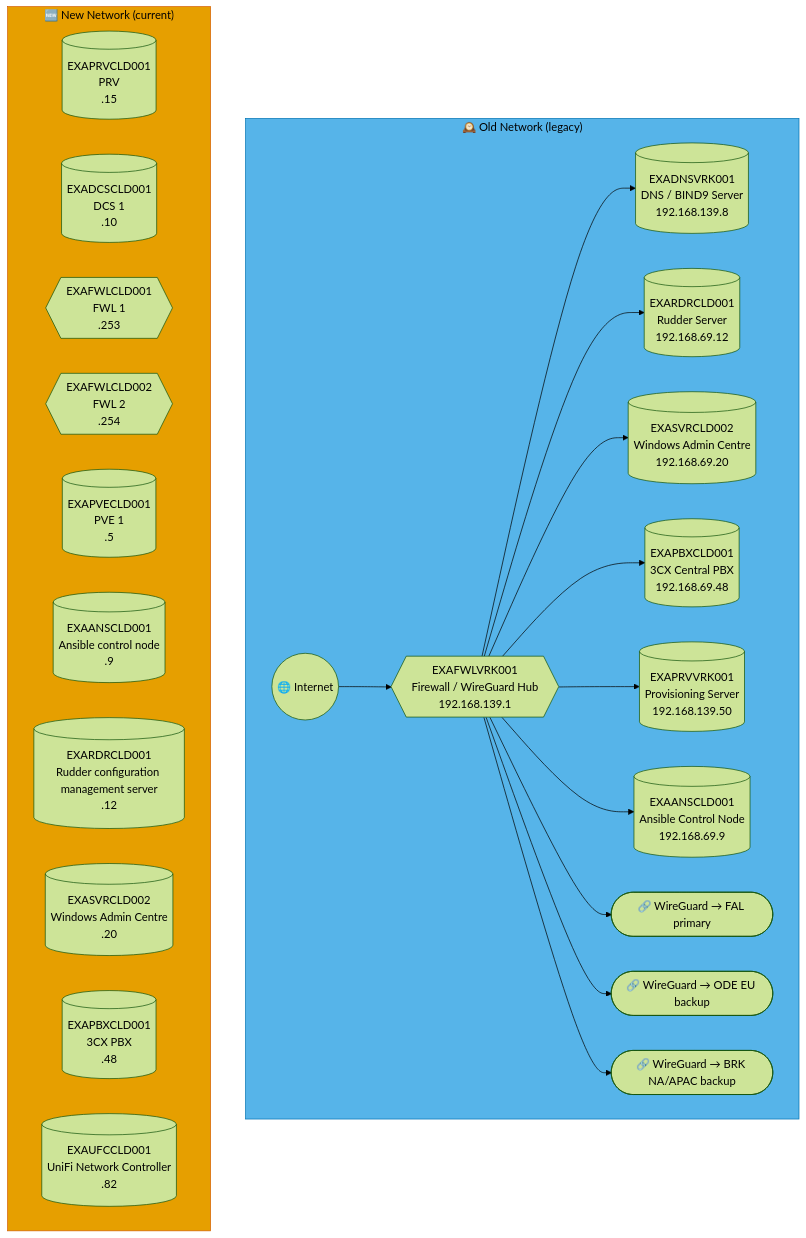
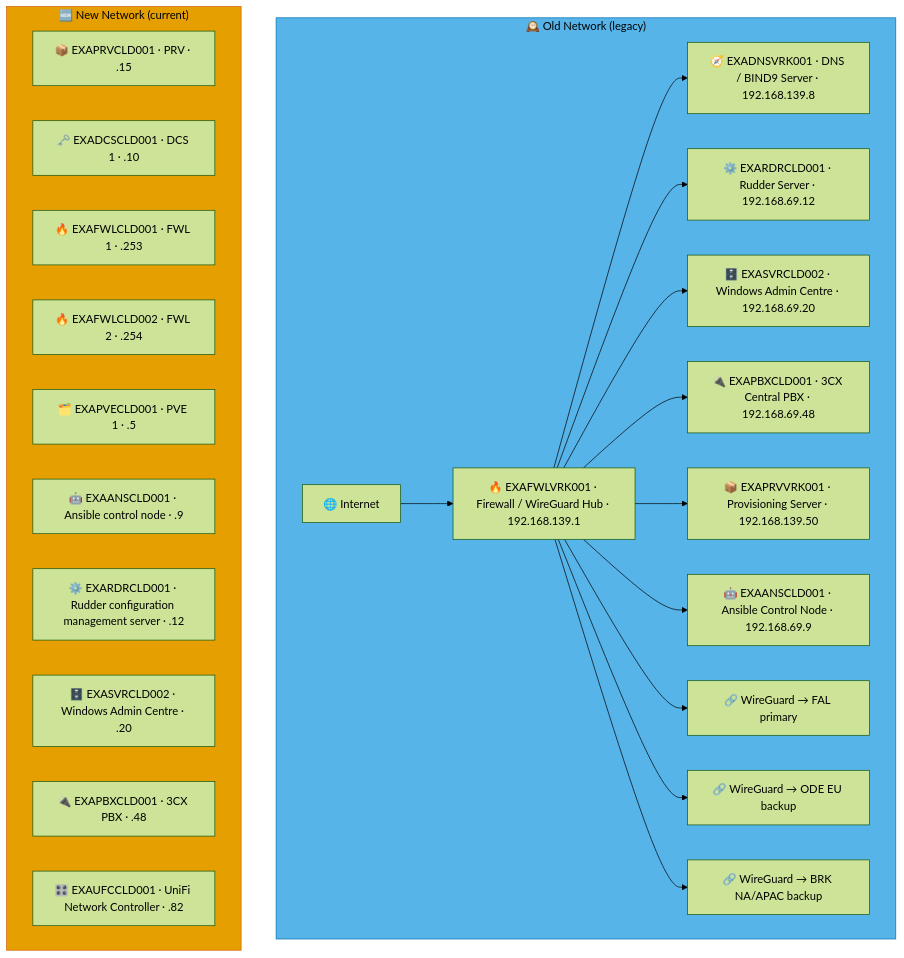
One commit to knightmare2600/example_music_infra changed the first of 51 diagrams in docs/network-diagram.md. Above: the diagram before and after it, drawn with Mermaid (forest theme). The commit also changed other lines of this file and 5 other files, not shown here.

````diff
--- a/docs/network-diagram.md
+++ b/docs/network-diagram.md
@@ -143,45 +144,45 @@
 ```mermaid
 graph TD
     subgraph OLD_CLD ["🕰️ Old Network (legacy)"]
-      INET(("🌐 Internet"))
-      FWLCLD{{"EXAFWLVRK001<br/>Firewall / WireGuard Hub<br/>192.168.139.1"}}
-      DNS[("EXADNSVRK001<br/>DNS / BIND9 Server<br/>192.168.139.8")]
-      PRV[("EXAPRVVRK001<br/>Provisioning Server<br/>192.168.139.50")]
-      RUD[("EXARDRCLD001<br/>Rudder Server<br/>192.168.69.12")]
-      WAC[("EXASVRCLD002<br/>Windows Admin Centre<br/>192.168.69.20")]
-      PBX[("EXAPBXCLD001<br/>3CX Central PBX<br/>192.168.69.48")]
-      ANS[("EXAANSCLD001<br/>Ansible Control Node<br/>192.168.69.9")]
+      INET["🌐 Internet"]
+      FWLCLD["🔥 EXAFWLVRK001 · Firewall / WireGuard Hub · 192.168.139.1"]
+      DNS["🧭 EXADNSVRK001 · DNS / BIND9 Server · 192.168.139.8"]
+      PRV["📦 EXAPRVVRK001 · Provisioning Server · 192.168.139.50"]
+      RUD["⚙️ EXARDRCLD001 · Rudder Server · 192.168.69.12"]
+      WAC["🗄️ EXASVRCLD002 · Windows Admin Centre · 192.168.69.20"]
+      PBX["🔌 EXAPBXCLD001 · 3CX Central PBX · 192.168.69.48"]
+      ANS["🤖 EXAANSCLD001 · Ansible Control Node · 192.168.69.9"]
 
-      VPN_FAL(["🔗 WireGuard → FAL primary"])
-      VPN_ODE(["🔗 WireGuard → ODE EU backup"])
-      VPN_BRK(["🔗 WireGuard → BRK NA/APAC backup"])
+      VPN_FAL["🔗 WireGuard → FAL primary"]
+      VPN_ODE["🔗 WireGuard → ODE EU backup"]
+      VPN_BRK["🔗 WireGuard → BRK NA/APAC backup"]
 
       INET --> FWLCLD
       FWLCLD --> DNS
       FWLCLD --> RUD
       FWLCLD --> WAC
       FWLCLD --> PBX
       FWLCLD --> PRV
       FWLCLD --> ANS
       FWLCLD --> VPN_FAL
       FWLCLD --> VPN_ODE
       FWLCLD --> VPN_BRK
 
     end
     style OLD_CLD fill:#56B4E9,stroke:#0072B2,color:#000000
     %% GENERATED:NEW-NETWORK:CLD:START
     subgraph NEW_CLD ["🆕 New Network (current)"]
-      N_PRV[("EXAPRVCLD001<br/>PRV<br/>.15")]
-      N_DCS[("EXADCSCLD001<br/>DCS 1<br/>.10")]
-      N_FWL{{"EXAFWLCLD001<br/>FWL 1<br/>.253"}}
-      N_FWL2{{"EXAFWLCLD002<br/>FWL 2<br/>.254"}}
-      N_PVE[("EXAPVECLD001<br/>PVE 1<br/>.5")]
-      N_ANS[("EXAANSCLD001<br/>Ansible control node<br/>.9")]
-      N_RDR[("EXARDRCLD001<br/>Rudder configuration management server<br/>.12")]
-      N_SVR[("EXASVRCLD002<br/>Windows Admin Centre<br/>.20")]
-      N_PBX[("EXAPBXCLD001<br/>3CX PBX<br/>.48")]
-      N_UFC[("EXAUFCCLD001<br/>UniFi Network Controller<br/>.82")]
+      N_PRV["📦 EXAPRVCLD001 · PRV · .15"]
+      N_DCS["🗝️ EXADCSCLD001 · DCS 1 · .10"]
+      N_FWL["🔥 EXAFWLCLD001 · FWL 1 · .253"]
+      N_FWL2["🔥 EXAFWLCLD002 · FWL 2 · .254"]
+      N_PVE["🗂️ EXAPVECLD001 · PVE 1 · .5"]
+      N_ANS["🤖 EXAANSCLD001 · Ansible control node · .9"]
+      N_RDR["⚙️ EXARDRCLD001 · Rudder configuration management server · .12"]
+      N_SVR["🗄️ EXASVRCLD002 · Windows Admin Centre · .20"]
+      N_PBX["🔌 EXAPBXCLD001 · 3CX PBX · .48"]
+      N_UFC["🎛️ EXAUFCCLD001 · UniFi Network Controller · .82"]
     end
     style NEW_CLD fill:#E69F00,stroke:#D55E00,color:#000000
     %% GENERATED:NEW-NETWORK:CLD:END
 ```
````
